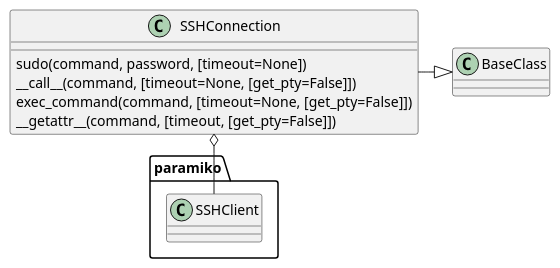
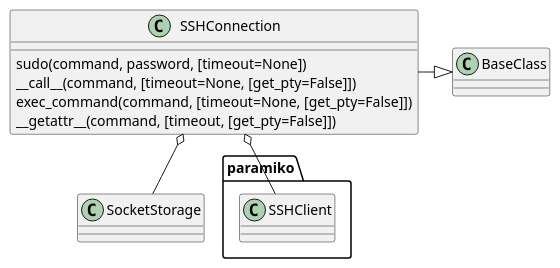
One commit to russell-n/theape changed the first of 2 diagrams in ape/parts/connections/sshconnection.rst. Above: the diagram before and after it, drawn with PlantUML. The commit also changed other lines of this file and 42 other files, not shown here.

```diff
--- a/ape/parts/connections/sshconnection.rst
+++ b/ape/parts/connections/sshconnection.rst
@@ -18,8 +23,9 @@
 .. uml::
 
    SSHConnection -|> BaseClass
    SSHConnection o-- paramiko.SSHClient
+   SSHConnection o-- SocketStorage
    SSHConnection : sudo(command, password, [timeout=None])
    SSHConnection : __call__(command, [timeout=None, [get_pty=False]])
    SSHConnection : exec_command(command, [timeout=None, [get_pty=False]])
    SSHConnection : __getattr__(command, [timeout, [get_pty=False]])
```
